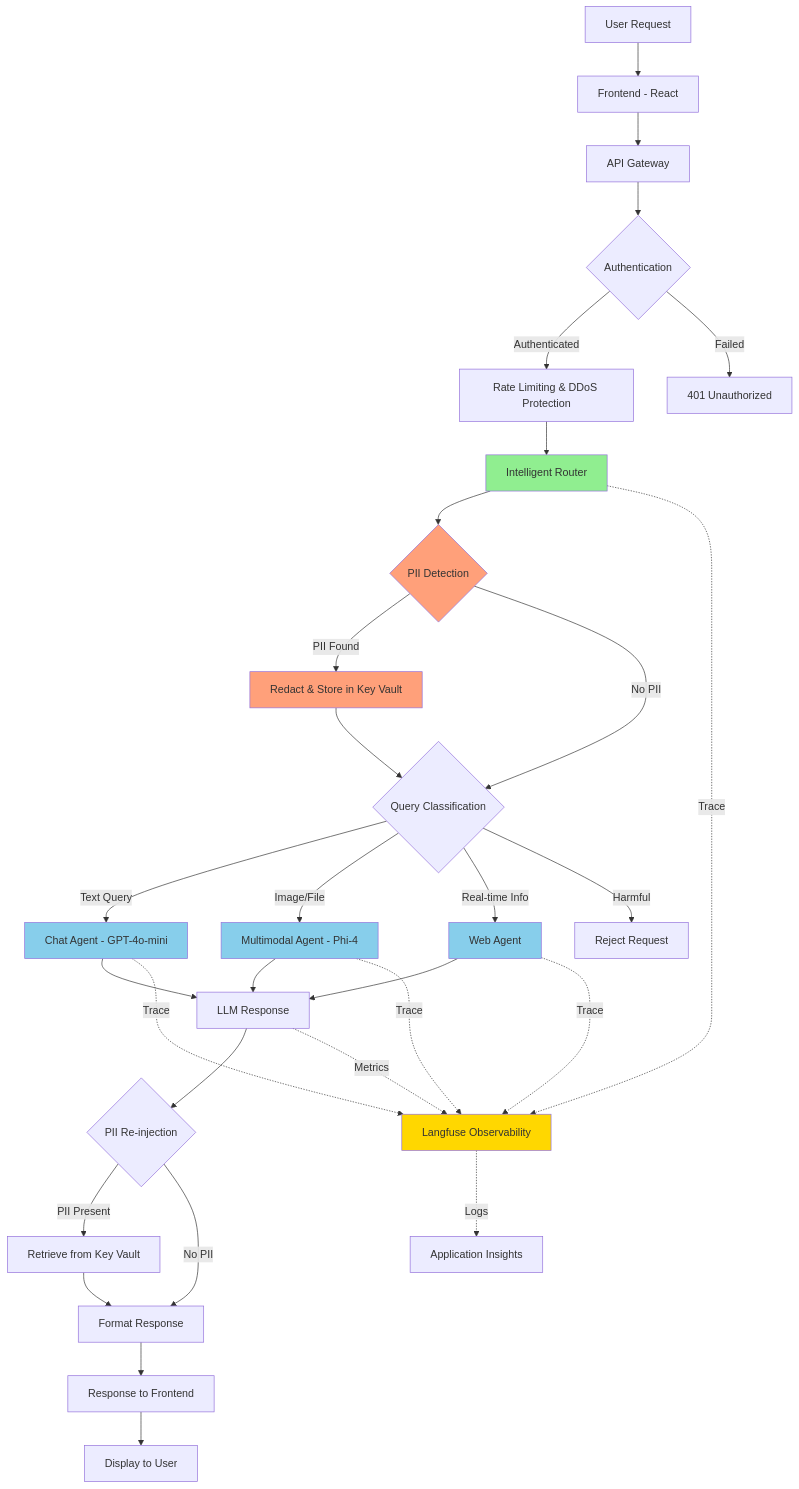
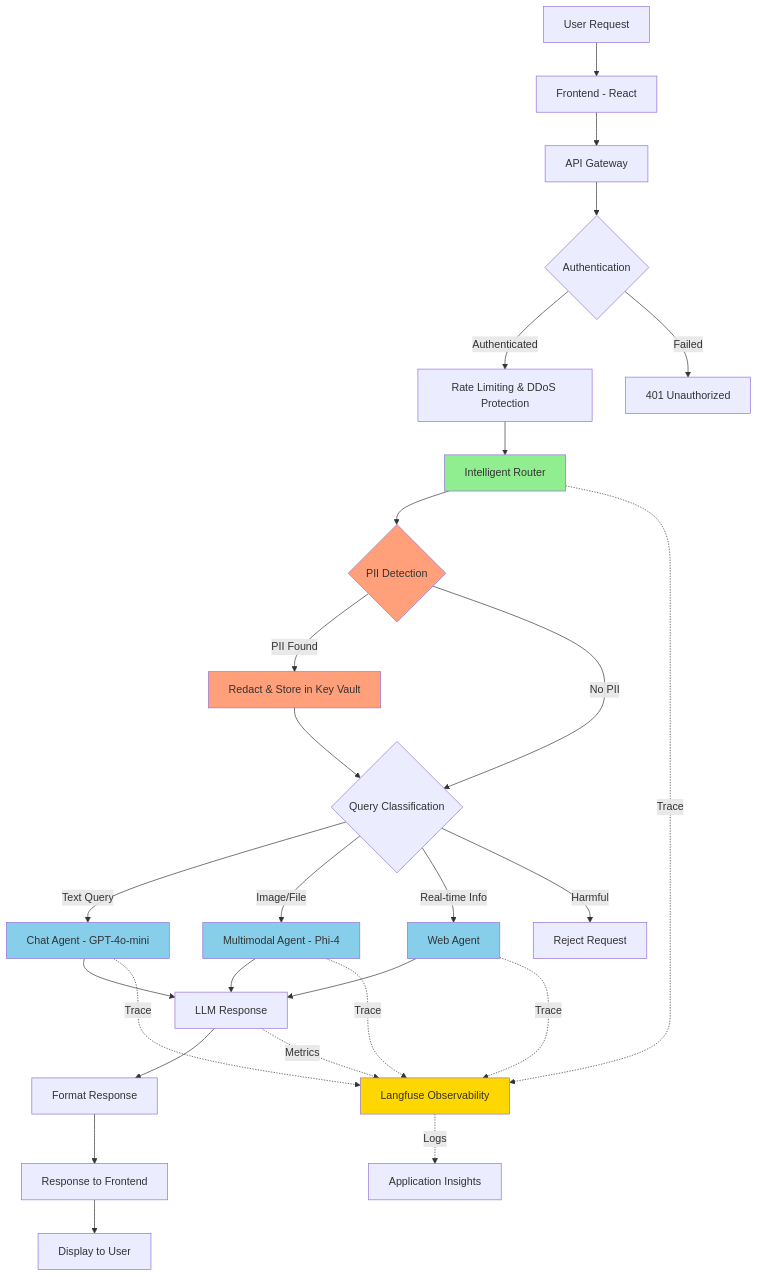
The diagram in docs/architecture.md (manu2022/lego-case), drawn with Mermaid before and after one commit. The commit also changed other lines of this file, not shown here.

```diff
--- a/docs/architecture.md
+++ b/docs/architecture.md
@@ -171,41 +170,38 @@
 <div class="mermaid">
 flowchart TD
     A[User Request] --> B[Frontend - React]
     B --> C[API Gateway]
     C --> D{Authentication}
     D -->|Authenticated| E[Rate Limiting & DDoS Protection]
     D -->|Failed| Z[401 Unauthorized]
     E --> F[Intelligent Router]
     F --> G{PII Detection}
     G -->|PII Found| H[Redact & Store in Key Vault]
     G -->|No PII| I{Query Classification}
     H --> I
     I -->|Text Query| J[Chat Agent - GPT-4o-mini]
     I -->|Image/File| K[Multimodal Agent - Phi-4]
     I -->|Real-time Info| L[Web Agent]
     I -->|Harmful| M[Reject Request]
     J --> N[LLM Response]
     K --> N
     L --> N
-    N --> O{PII Re-injection}
-    O -->|PII Present| P[Retrieve from Key Vault]
-    O -->|No PII| Q[Format Response]
-    P --> Q
+    N --> Q[Format Response]
     Q --> R[Response to Frontend]
     R --> S[Display to User]
     
     F -.Trace.-> T[Langfuse Observability]
     J -.Trace.-> T
     K -.Trace.-> T
     L -.Trace.-> T
     N -.Metrics.-> T
     T -.Logs.-> U[Application Insights]
     
     style F fill:#90EE90
     style J fill:#87CEEB
     style K fill:#87CEEB
     style L fill:#87CEEB
     style T fill:#FFD700
     style G fill:#FFA07A
     style H fill:#FFA07A
 </div>
```
